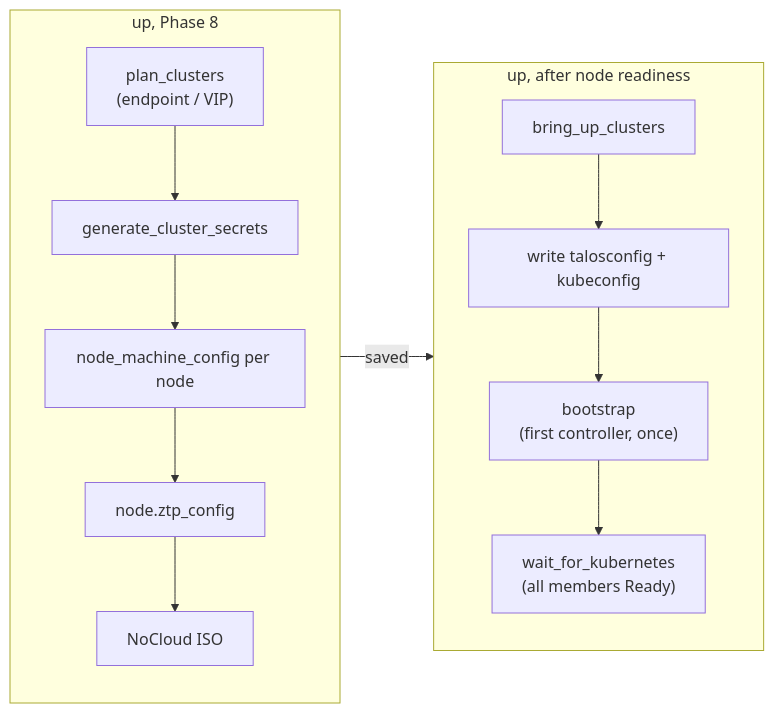
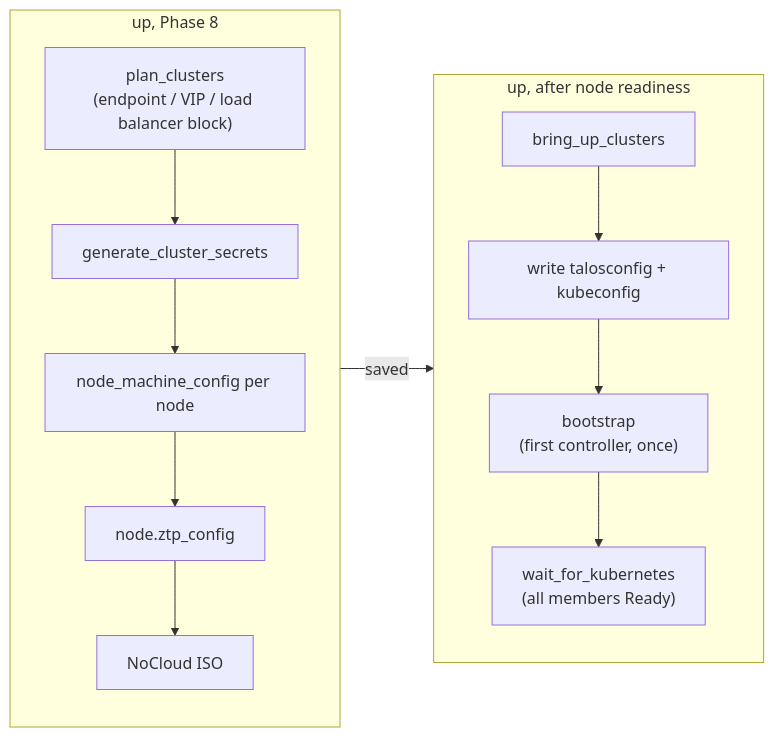
Before and after one commit to bwks/sherpa: the diagram in docs/architecture/TALOS.md, drawn with Mermaid. The commit also changed other lines of this file and 31 other files, not shown here.

````diff
--- a/docs/architecture/TALOS.md
+++ b/docs/architecture/TALOS.md
@@ -49,21 +50,21 @@
 ```mermaid
 flowchart LR
     subgraph phase8["up, Phase 8"]
         direction TB
-        plan["plan_clusters<br/>(endpoint / VIP)"]
+        plan["plan_clusters<br/>(endpoint / VIP / load balancer block)"]
         secrets["generate_cluster_secrets"]
         machine["node_machine_config per node"]
         ztp["node.ztp_config"]
         iso["NoCloud ISO"]
         plan --> secrets --> machine --> ztp --> iso
     end
     subgraph ready["up, after node readiness"]
         direction TB
         bringup["bring_up_clusters"]
         creds["write talosconfig + kubeconfig"]
         boot["bootstrap<br/>(first controller, once)"]
         wait["wait_for_kubernetes<br/>(all members Ready)"]
         bringup --> creds --> boot --> wait
     end
     secrets -->|saved| creds
 ```
````
